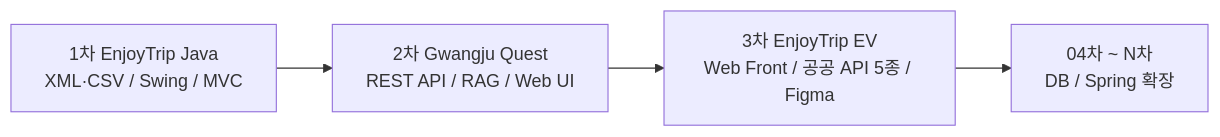
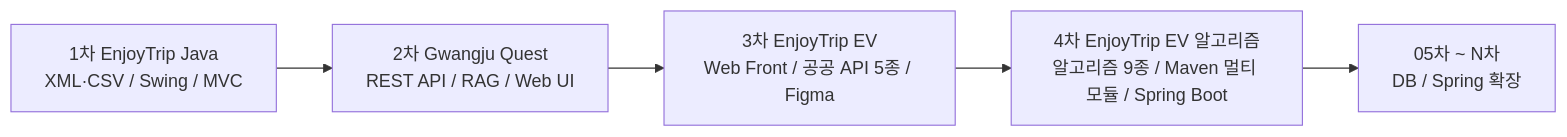
Before and after one commit to Jkim1647/SSAFY-16th-Semester-1-Comprehensive-Project: the diagram in README.md, drawn with Mermaid. The commit also changed other lines of this file and 100 other files, not shown here.

First line of the commit message:
docs: archive fourth EnjoyTrip EV algorithm project

````diff
--- a/README.md
+++ b/README.md
@@ -16,6 +17,7 @@
 ```mermaid
 flowchart LR
     P1[1차 EnjoyTrip Java<br/>XML·CSV / Swing / MVC] --> P2[2차 Gwangju Quest<br/>REST API / RAG / Web UI]
     P2 --> P3[3차 EnjoyTrip EV<br/>Web Front / 공공 API 5종 / Figma]
-    P3 --> P4[04차 ~ N차<br/>DB / Spring 확장]
+    P3 --> P4[4차 EnjoyTrip EV 알고리즘<br/>알고리즘 9종 / Maven 멀티 모듈 / Spring Boot]
+    P4 --> P5[05차 ~ N차<br/>DB / Spring 확장]
 ```
````
